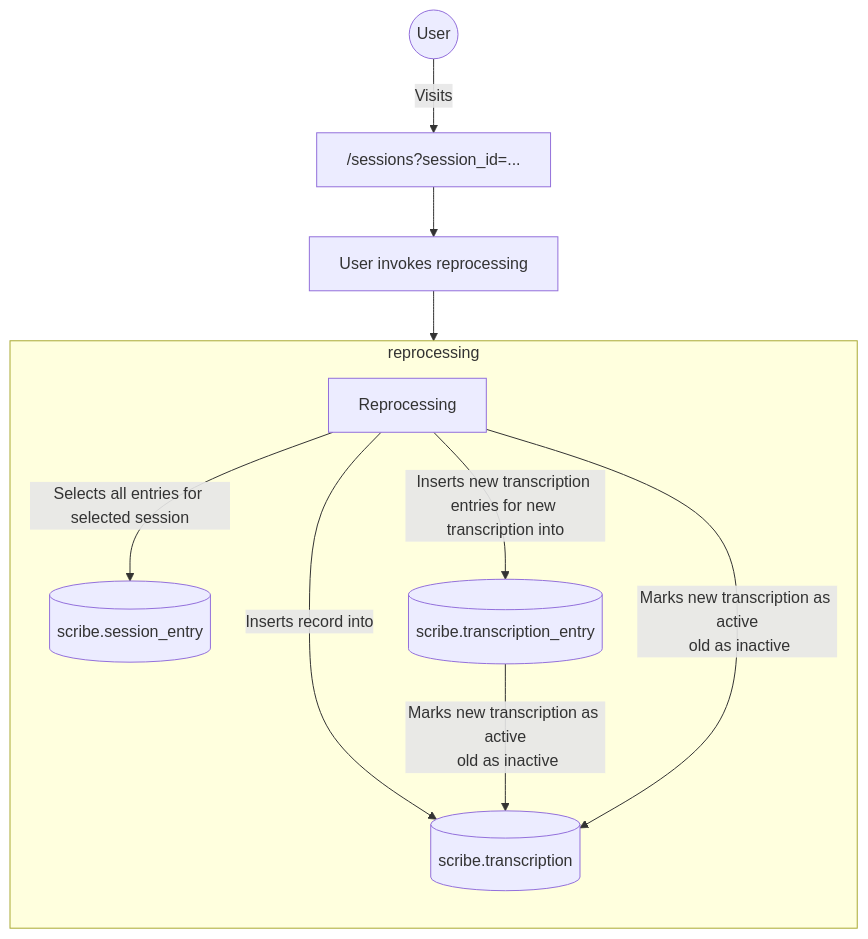
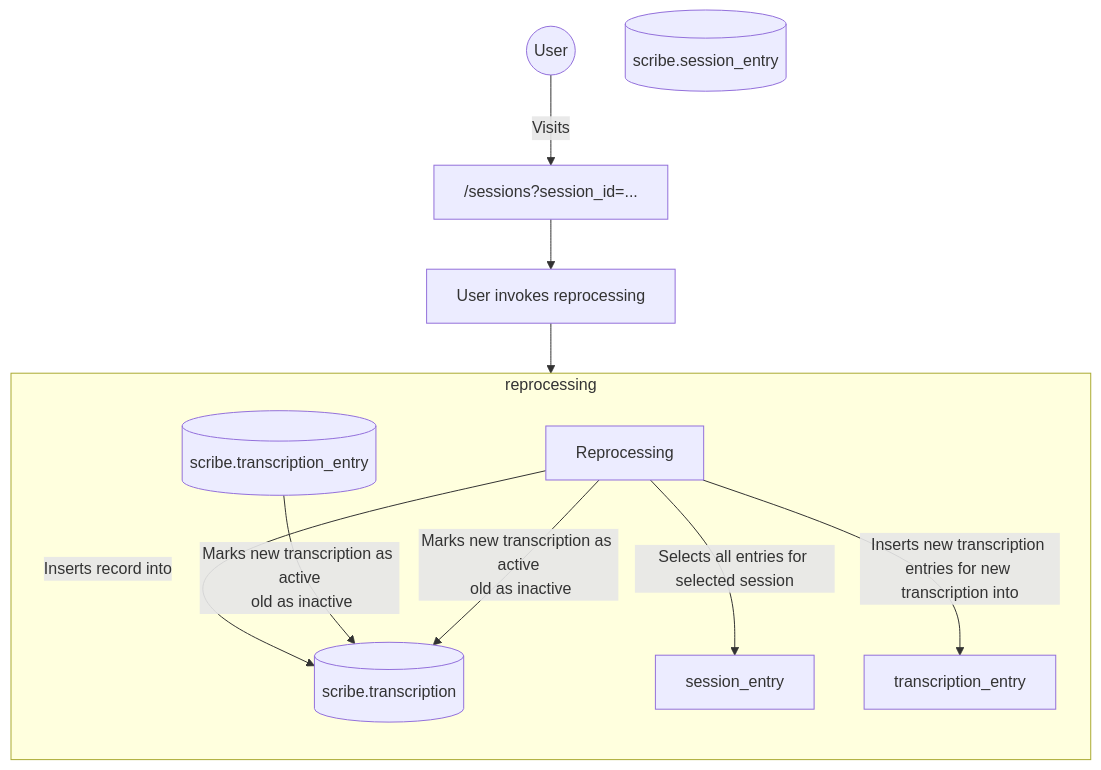
Before and after one commit to Dakarun/scribe: the fourth of 4 diagrams in README.md, drawn with Mermaid. The commit also changed other lines of this file and 2 other files, not shown here.

````diff
--- a/README.md
+++ b/README.md
@@ -221,23 +223,23 @@
 ```mermaid
 flowchart TB
     user((User))
     sessions[ /sessions?session_id=...]
     reprocess[User invokes reprocessing]
     transcription[(scribe.transcription)]
-    session_entry[(scribe.session_entry)]
-    transcription_entry[(scribe.transcription_entry)]
+    session_entries[(scribe.session_entry)]
+    transcription_entries[(scribe.transcription_entry)]
     reprocessing_action[Reprocessing]
     
     user -- Visits --> sessions
     sessions --> reprocess
     
     subgraph reprocessing
         direction TB
         reprocessing_action -- Inserts record into --> transcription
         reprocessing_action -- Selects all entries for selected session --> session_entry
         reprocessing_action -- Inserts new transcription entries for new transcription into --> transcription_entry
-        transcription_entry & reprocessing_action -- Marks new transcription as active\n old as inactive --> transcription
+        transcription_entries & reprocessing_action -- Marks new transcription as active\n old as inactive --> transcription
     end
     
     reprocess --> reprocessing
 ```
````
